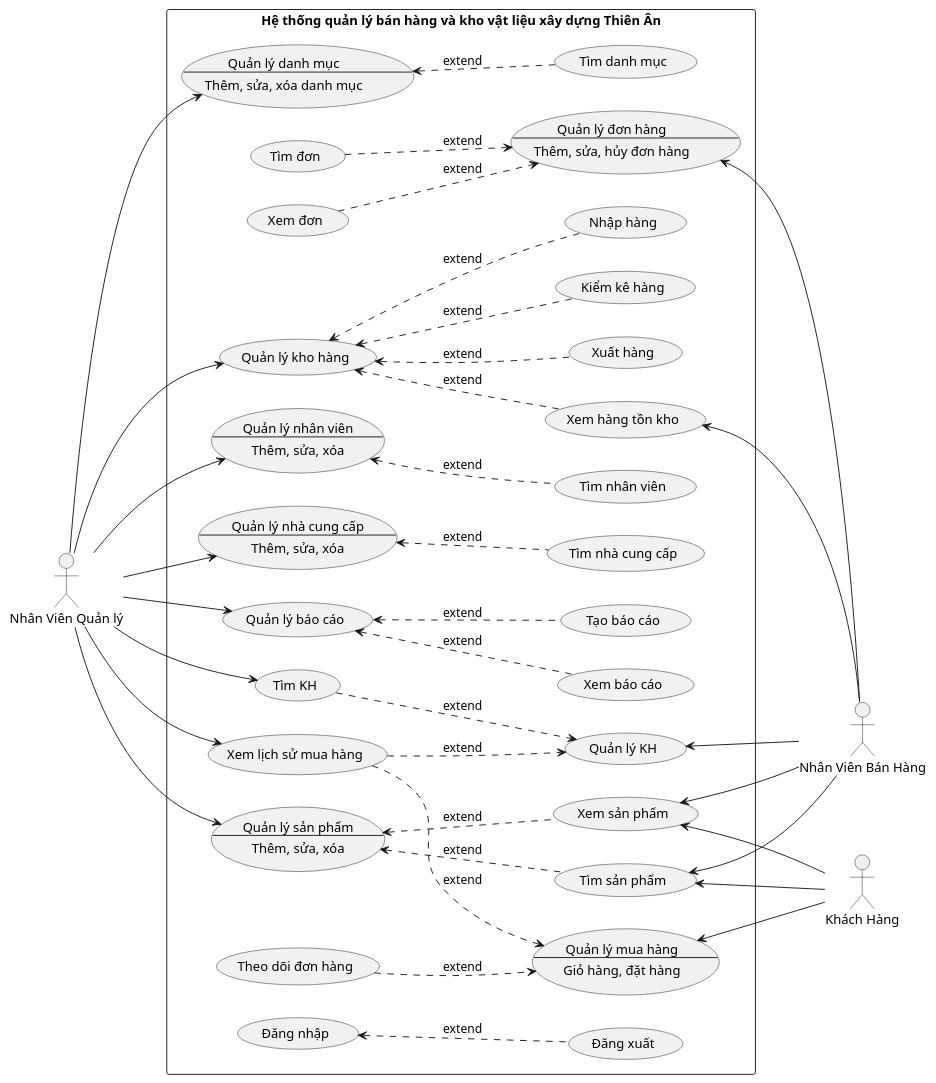
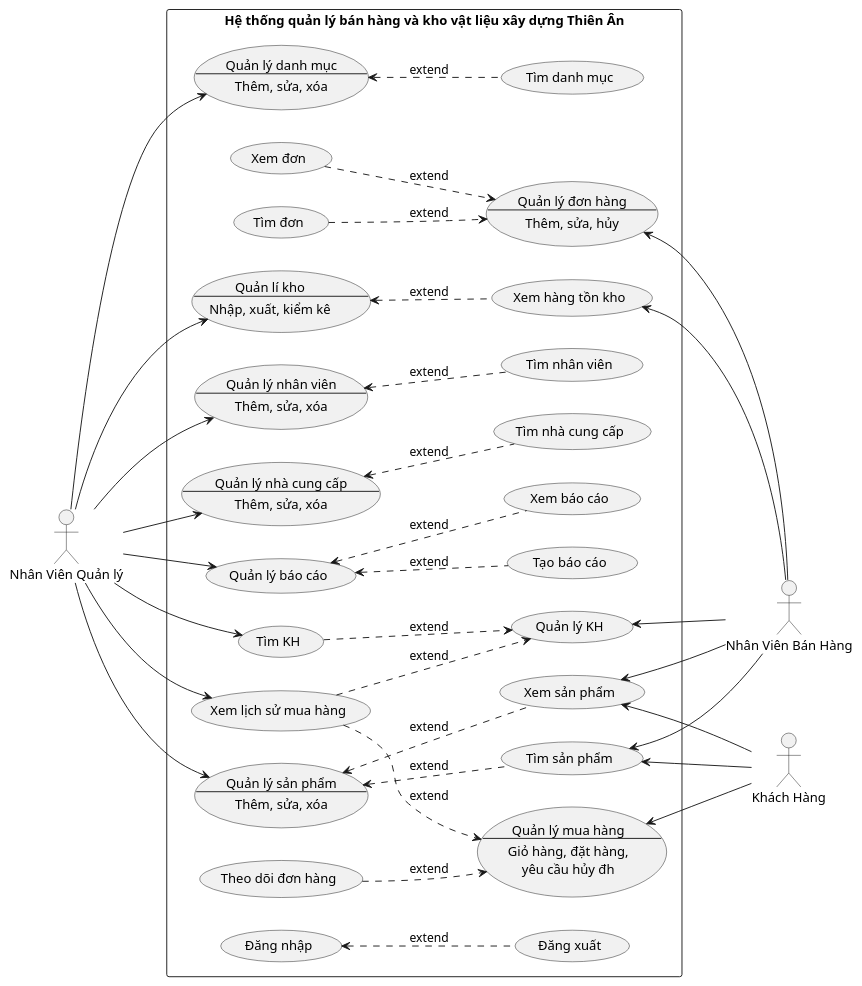
Before and after one commit to ThanhdatOris/LAB2211: the diagram in assets/plantuml/OrisUC.puml, drawn with PlantUML. The commit also changed 1 other file, not shown here.

```diff
--- a/assets/plantuml/OrisUC.puml
+++ b/assets/plantuml/OrisUC.puml
@@ -1,142 +1,139 @@
 @startuml
 
 skinparam shadowing false
 left to right direction
 
 actor "Khách Hàng" as KH
 actor "Nhân Viên Quản lý" as NVQL
 actor "Nhân Viên Bán Hàng" as NVBH
 
 rectangle "Hệ thống quản lý bán hàng và kho vật liệu xây dựng Thiên Ân" {
 
 '>>>>>>>>>>>>>>> Khai báo >>>>>>>>>>>>>>>
 'Danh mục sp
 Usecase QLDMSP as "Quản lý danh mục
 --
-Thêm, sửa, xóa danh mục"
+Thêm, sửa, xóa"
 (Tìm danh mục) as TIM_DMSP
 
 'Kho hàng
-(Quản lý kho hàng) as QLKHO
-(Nhập hàng) as NHAP_HANG
-(Xuất hàng) as XUAT_HANG
-(Kiểm kê hàng) as KIEM_HANG
-(Xem hàng tồn kho)as XEM_HANG
+Usecase QLKHO as "Quản lí kho
+--
+Nhập, xuất, kiểm kê"
+(Xem hàng tồn kho) as XEM_HANG
 
 'Nhân viên
 Usecase QLNV as "Quản lý nhân viên
 --
 Thêm, sửa, xóa"
 (Tìm nhân viên) as TIM_NV
 
 'Nhà cung cấp
 Usecase QLNCC as "Quản lý nhà cung cấp
 --
 Thêm, sửa, xóa"
 (Tìm nhà cung cấp) as TIM_NCC
 
 'Báo cáo
 (Quản lý báo cáo) as QLBC
 (Xem báo cáo) as XEM_BC
 (Tạo báo cáo) as TAO_BC
 
 'Khách hàng
 (Quản lý KH) as QLKH
 (Tìm KH) as TIM_KH
 
 'Đơn hàng
 Usecase QLDH as "Quản lý đơn hàng
 --
-Thêm, sửa, hủy đơn hàng"
+Thêm, sửa, hủy"
 (Tìm đơn) as TIM_DH
 (Xem đơn) as XEM_DH
-
-'Mua hàng
-Usecase QLMH as "Quản lý mua hàng
---
-Giỏ hàng, đặt hàng"
-(Theo dõi đơn hàng) as THEO_DOI_HANG
-(Xem lịch sử mua hàng) as XEM_LSMH
 
 'Sản phẩm
 Usecase QLSP as "Quản lý sản phẩm
 --
 Thêm, sửa, xóa"
 (Xem sản phẩm) as XEM_SP
 (Tìm sản phẩm) as TIM_SP
+
+'Mua hàng
+Usecase QLMH as "Quản lý mua hàng
+--
+Giỏ hàng, đặt hàng,
+yêu cầu hủy đh"
+(Theo dõi đơn hàng) as THEO_DOI_HANG
+(Xem lịch sử mua hàng) as XEM_LSMH
 
 'Đăng nhập, đăng xuất
 (Đăng nhập) as Login
 (Đăng xuất) as Logout
 Login <.. Logout: extend
 
 '>>>>>>>>>>>>>>> Gán đối tượng >>>>>>>>>>>>>>>
 
 '----------- Nhân Viên Quản lý -----------
 NVQL --> QLSP
 NVQL --> QLDMSP
 NVQL --> QLKHO
 NVQL --> QLNV
 NVQL --> QLNCC
 NVQL --> QLBC
 
 'Sản phẩm
 QLSP <.. XEM_SP: extend
 QLSP <.. TIM_SP: extend
 
 'Danh mục sp
 QLDMSP <.. TIM_DMSP: extend
 
 'Kho hàng
-QLKHO <.. NHAP_HANG: extend
-QLKHO <.. XUAT_HANG: extend
-QLKHO <.. KIEM_HANG: extend
 QLKHO <.. XEM_HANG: extend
 
 'Nhân viên
 QLNV <.. TIM_NV: extend
 
 'Nhà cung cấp
 QLNCC <.. TIM_NCC: extend
 
 'Báo cáo
 QLBC <.. XEM_BC: extend
 QLBC <.. TAO_BC: extend
 
 'Khách hàng
 NVQL --> TIM_KH
 NVQL --> XEM_LSMH
 
 '----------- Nhân Viên Bán Hàng -----------
 QLDH <- NVBH
 QLKH <-- NVBH
 
 'Đơn hàng
 TIM_DH ..> QLDH: extend
 XEM_DH ..> QLDH: extend
 
 'Khách hàng
 TIM_KH ..> QLKH: extend
 XEM_LSMH ..> QLKH: extend
 
+'Kho
+XEM_HANG <- NVBH
+
 'Sản phẩm
 XEM_SP <-- NVBH
 TIM_SP <-- NVBH
 
-'Kho
-XEM_HANG <- NVBH
-
 '----------- Khách Hàng -----------
 QLMH <- KH
+
+'Mua hàng
+THEO_DOI_HANG ..> QLMH: extend
+XEM_LSMH ..> QLMH: extend
 
 'Sản phẩm
 XEM_SP <-- KH
 TIM_SP <-- KH
 
-'Mua hàng
-THEO_DOI_HANG ..> QLMH: extend
-XEM_LSMH ..> QLMH: extend
-
 }
 
 @enduml
```
